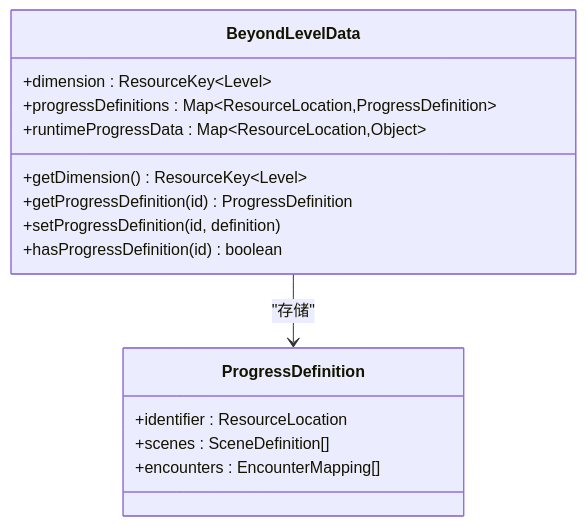
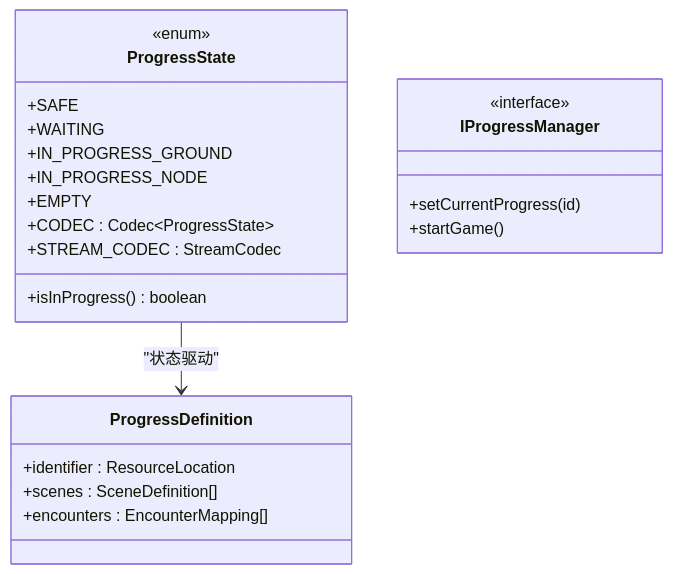
The ninth of 11 diagrams in .qoder/repowiki/zh/content/模块架构/Beyond安全区模块/Beyond安全区模块.md (Ver-shift/SubModulesGeneHunter), drawn with Mermaid before and after one commit. The commit also changed other lines of this file and 61 other files, not shown here.

````diff
--- a/.qoder/repowiki/zh/content/模块架构/Beyond安全区模块/Beyond安全区模块.md
+++ b/.qoder/repowiki/zh/content/模块架构/Beyond安全区模块/Beyond安全区模块.md
@@ -770,18 +417,25 @@
 ```mermaid
 classDiagram
-class BeyondLevelData {
-+dimension : ResourceKey~Level~
-+progressDefinitions : Map~ResourceLocation,ProgressDefinition~
-+runtimeProgressData : Map~ResourceLocation,Object~
-+getDimension() ResourceKey~Level~
-+getProgressDefinition(id) ProgressDefinition
-+setProgressDefinition(id, definition)
-+hasProgressDefinition(id) boolean
+class ProgressState {
+<<enum>>
++SAFE
++WAITING
++IN_PROGRESS_GROUND
++IN_PROGRESS_NODE
++EMPTY
++isInProgress() boolean
++CODEC : Codec~ProgressState~
++STREAM_CODEC : StreamCodec
+}
+class IProgressManager {
+<<interface>>
++setCurrentProgress(id)
++startGame()
 }
 class ProgressDefinition {
 +identifier : ResourceLocation
 +scenes : SceneDefinition[]
 +encounters : EncounterMapping[]
 }
-BeyondLevelData --> ProgressDefinition : "存储"
+ProgressState --> ProgressDefinition : "状态驱动"
 ```
````
